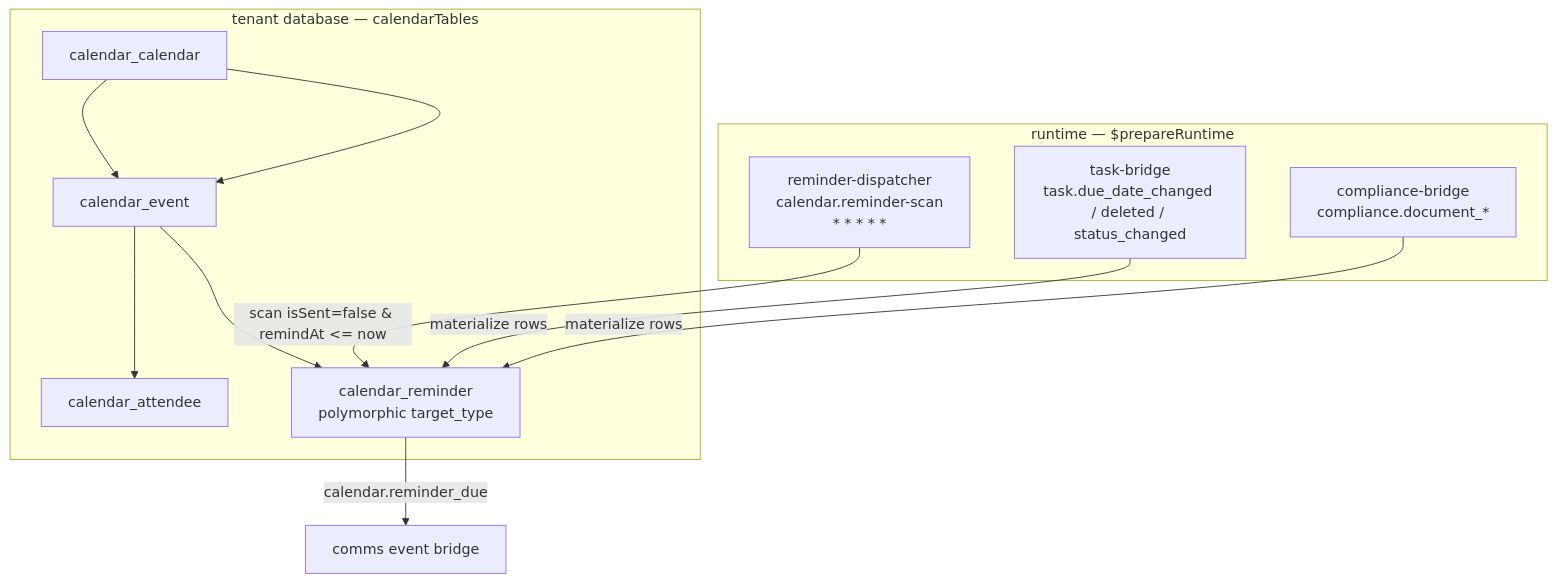
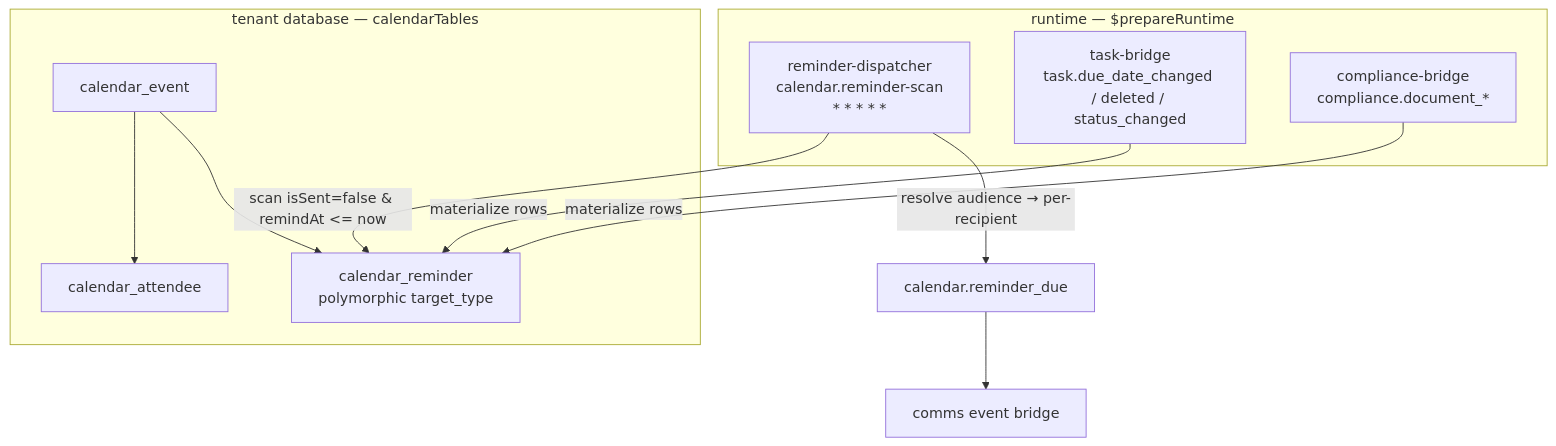
Before and after one commit to AdityaBorkar/aspen-os: the first of 2 diagrams in packages/calendar/docs/overview.mdx, drawn with Mermaid. The commit also changed other lines of this file and 53 other files, not shown here.

````diff
--- a/packages/calendar/docs/overview.mdx
+++ b/packages/calendar/docs/overview.mdx
@@ -61,21 +63,20 @@
 ```mermaid
 flowchart TB
   subgraph Runtime[runtime — $prepareRuntime]
     RD[reminder-dispatcher<br/>calendar.reminder-scan<br/>* * * * *]
     TB[task-bridge<br/>task.due_date_changed / deleted / status_changed]
     CB[compliance-bridge<br/>compliance.document_*]
   end
 
   subgraph TenantDB[tenant database — calendarTables]
-    C[calendar_calendar]
     E[calendar_event]
     A[calendar_attendee]
     R[calendar_reminder<br/>polymorphic target_type]
   end
 
   TB & CB -->|materialize rows| R
   RD -->|scan isSent=false & remindAt <= now| R
-  R -->|calendar.reminder_due| comms[comms event bridge]
-  C --> E --> A
-  C --> E --> R
+  RD -->|resolve audience → per-recipient| DUE[calendar.reminder_due] --> comms[comms event bridge]
+  E --> A
+  E --> R
 ```
````
